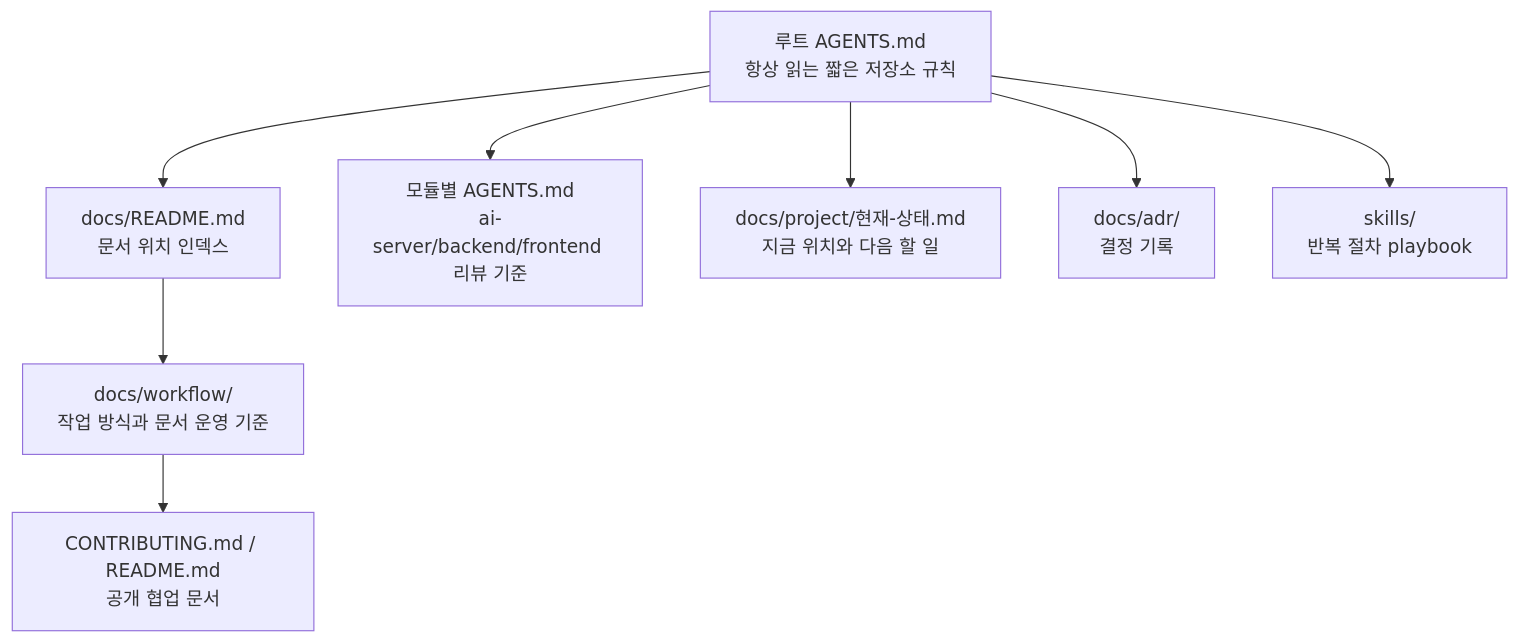
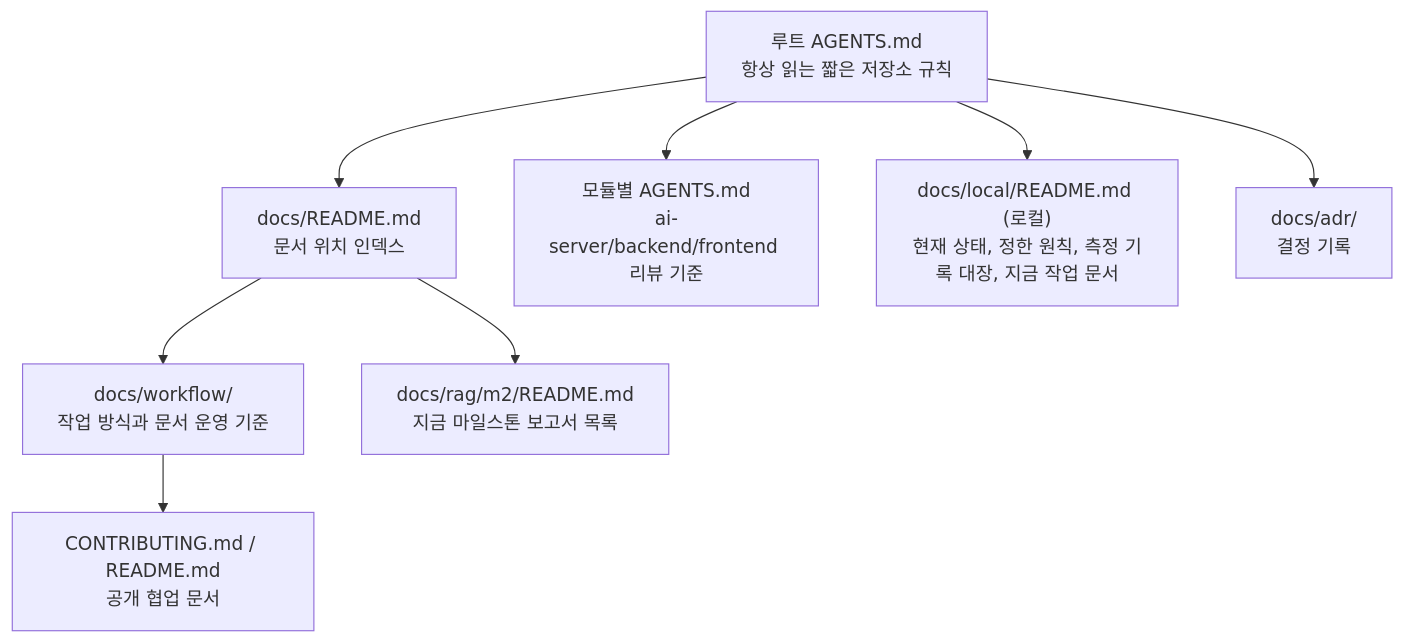
One commit to QyongGin/DocuMind changed the diagram in docs/workflow/AGENTS-및-AI문서-운영기준.md. Above: the diagram before and after it, drawn with Mermaid. The commit also changed other lines of this file and 9 other files, not shown here.

````diff
--- a/docs/workflow/AGENTS-및-AI문서-운영기준.md
+++ b/docs/workflow/AGENTS-및-AI문서-운영기준.md
@@ -26,19 +26,19 @@
 ```mermaid
 flowchart TD
     Root["루트 AGENTS.md<br/>항상 읽는 짧은 저장소 규칙"]
     DocsIndex["docs/README.md<br/>문서 위치 인덱스"]
     Workflow["docs/workflow/<br/>작업 방식과 문서 운영 기준"]
     ModuleAgents["모듈별 AGENTS.md<br/>ai-server/backend/frontend 리뷰 기준"]
-    Status["docs/project/현재-상태.md<br/>지금 위치와 다음 할 일"]
+    Local["docs/local/README.md (로컬)<br/>현재 상태, 정한 원칙, 측정 기록 대장, 지금 작업 문서"]
     ADR["docs/adr/<br/>결정 기록"]
-    Skills["skills/<br/>반복 절차 playbook"]
+    Milestone["docs/rag/m2/README.md<br/>지금 마일스톤 보고서 목록"]
     PublicDocs["CONTRIBUTING.md / README.md<br/>공개 협업 문서"]
 
     Root --> DocsIndex
     Root --> ModuleAgents
-    Root --> Status
+    Root --> Local
     Root --> ADR
-    Root --> Skills
+    DocsIndex --> Milestone
     DocsIndex --> Workflow
     Workflow --> PublicDocs
 ```
````
